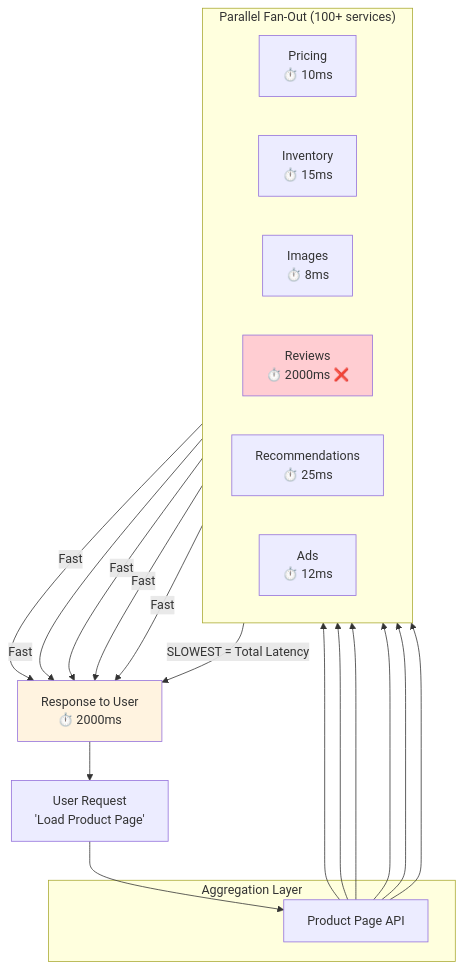
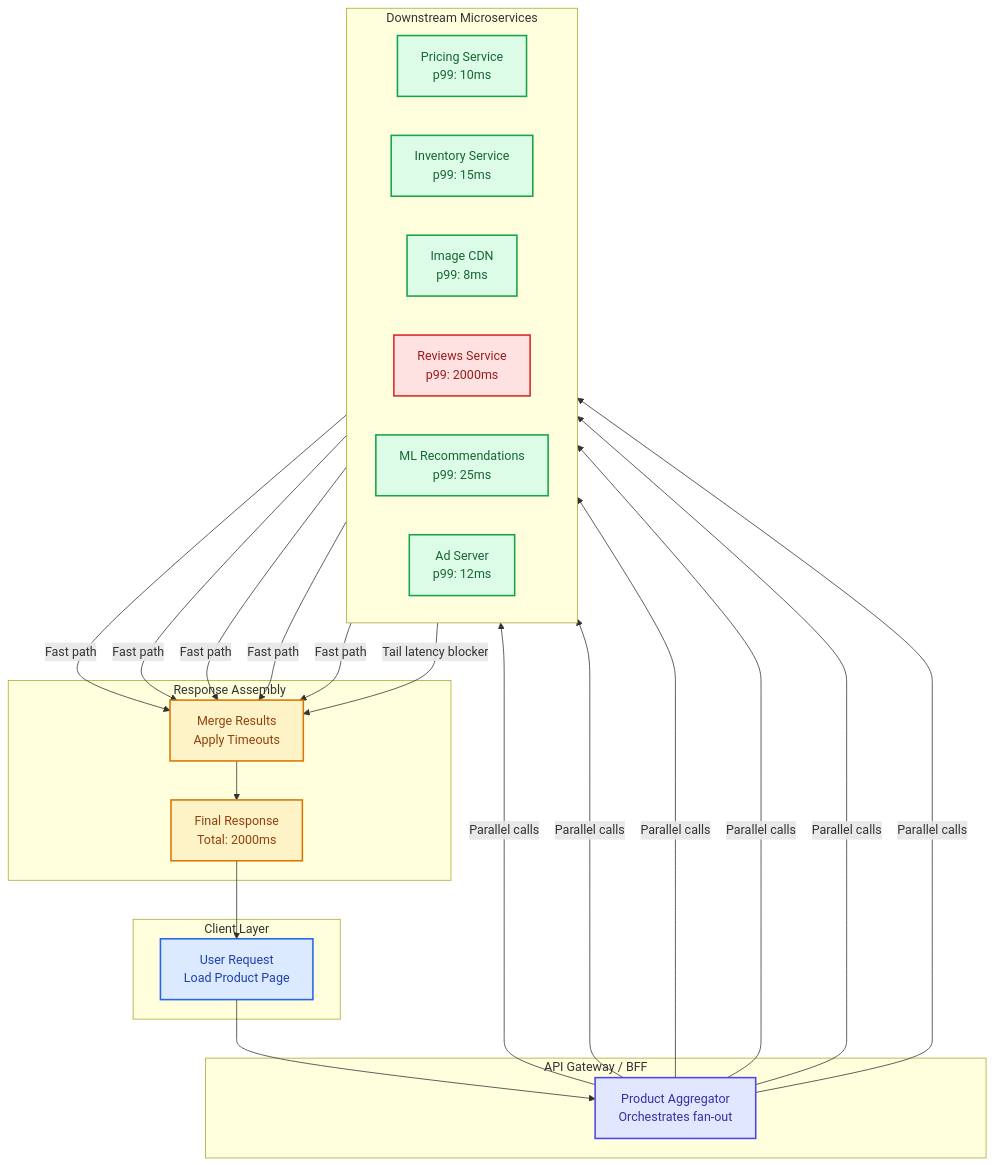
The second of 2 diagrams in gemini-responses/latency-physics-20260120-1301.md (udaytamma/Cyrus), drawn with Mermaid before and after one commit. The commit also changed other lines of this file and 28 other files, not shown here.

First line of the commit message:
Upgrade Knowledge Base Mermaid diagrams to professional styling

````diff
--- a/gemini-responses/latency-physics-20260120-1301.md
+++ b/gemini-responses/latency-physics-20260120-1301.md
@@ -140,29 +140,45 @@
 ```mermaid
 flowchart TB
-    User["User Request<br/>'Load Product Page'"]
-
-    subgraph Aggregator["Aggregation Layer"]
-        AGG["Product Page API"]
+    subgraph Client["Client Layer"]
+        User["User Request<br/>Load Product Page"]
     end
 
-    subgraph Services["Parallel Fan-Out (100+ services)"]
+    subgraph Gateway["API Gateway / BFF"]
+        AGG["Product Aggregator<br/>Orchestrates fan-out"]
+    end
+
+    subgraph Services["Downstream Microservices"]
         direction LR
-        S1["Pricing<br/>⏱️ 10ms"]
-        S2["Inventory<br/>⏱️ 15ms"]
-        S3["Images<br/>⏱️ 8ms"]
-        S4["Reviews<br/>⏱️ 2000ms ❌"]
-        S5["Recommendations<br/>⏱️ 25ms"]
-        S6["Ads<br/>⏱️ 12ms"]
+        S1["Pricing Service<br/>p99: 10ms"]
+        S2["Inventory Service<br/>p99: 15ms"]
+        S3["Image CDN<br/>p99: 8ms"]
+        S4["Reviews Service<br/>p99: 2000ms"]
+        S5["ML Recommendations<br/>p99: 25ms"]
+        S6["Ad Server<br/>p99: 12ms"]
+    end
+
+    subgraph Response["Response Assembly"]
+        MERGE["Merge Results<br/>Apply Timeouts"]
+        OUT["Final Response<br/>Total: 2000ms"]
     end
 
     User --> AGG
-    AGG --> S1 & S2 & S3 & S4 & S5 & S6
+    AGG -->|"Parallel calls"| S1 & S2 & S3 & S4 & S5 & S6
 
-    S1 & S2 & S3 & S5 & S6 -->|"Fast"| Response
-    S4 -->|"SLOWEST = Total Latency"| Response["Response to User<br/>⏱️ 2000ms"]
+    S1 & S2 & S3 & S5 & S6 -->|"Fast path"| MERGE
+    S4 -->|"Tail latency blocker"| MERGE
+    MERGE --> OUT
+    OUT --> User
 
-    Response --> User
+    classDef client fill:#dbeafe,stroke:#2563eb,color:#1e40af,stroke-width:2px
+    classDef gateway fill:#e0e7ff,stroke:#4f46e5,color:#3730a3,stroke-width:2px
+    classDef fast fill:#dcfce7,stroke:#16a34a,color:#166534,stroke-width:2px
+    classDef slow fill:#fee2e2,stroke:#dc2626,color:#991b1b,stroke-width:2px
+    classDef response fill:#fef3c7,stroke:#d97706,color:#92400e,stroke-width:2px
 
-    style S4 fill:#ffcdd2
-    style Response fill:#fff3e0
+    class User client
+    class AGG gateway
+    class S1,S2,S3,S5,S6 fast
+    class S4 slow
+    class MERGE,OUT response
 ```
````
